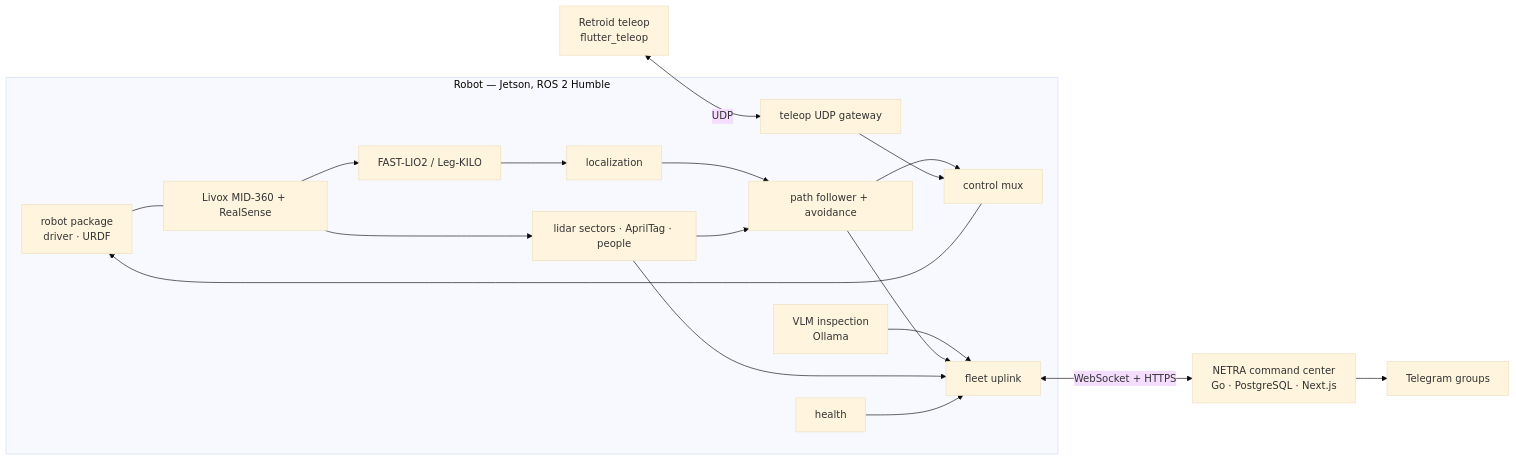
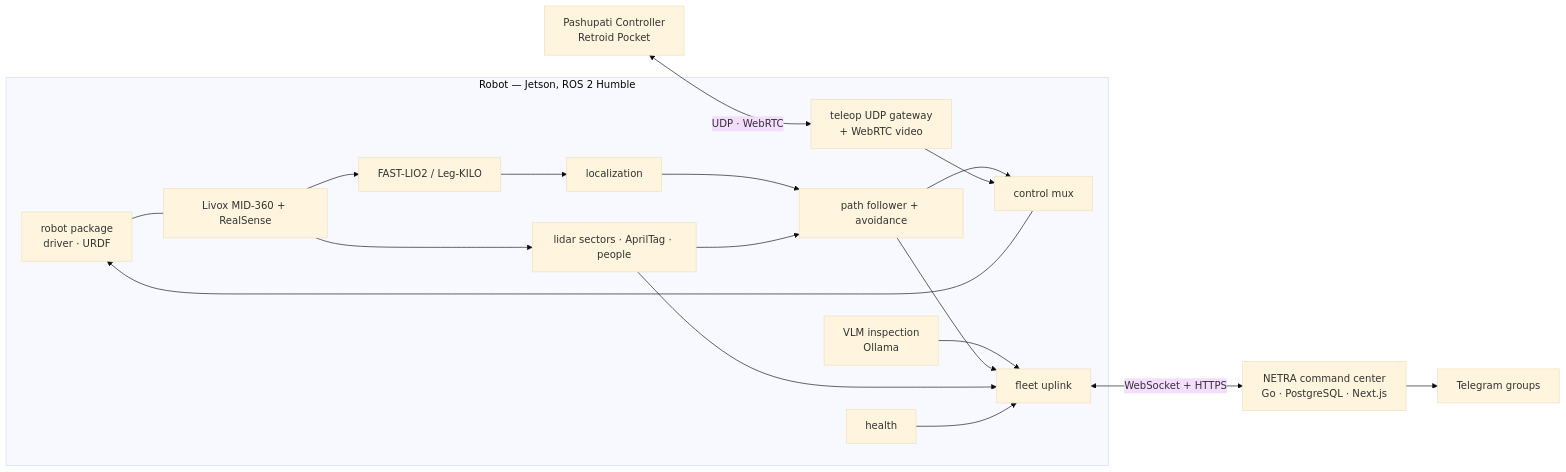
The diagram in README.md (DarmawanRobotics/Pashupati), drawn with Mermaid (base theme) before and after one commit. The commit also changed other lines of this file and 1 other file, not shown here.

Commit message:
docs: README in the controller's layout with logo, badges and grouped features

````diff
--- a/README.md
+++ b/README.md
@@ -43,19 +85,19 @@
 ```mermaid
 flowchart LR
     subgraph Robot[Robot — Jetson, ROS 2 Humble]
         DRV[robot package<br/>driver · URDF] --- SENS[Livox MID-360 + RealSense]
         SENS --> FL[FAST-LIO2 / Leg-KILO] --> LOC[localization]
         SENS --> PER[lidar sectors · AprilTag · people]
         LOC --> NAV[path follower + avoidance]
         PER --> NAV
         NAV --> MUX[control mux] --> DRV
         INS[VLM inspection<br/>Ollama] --> UP[fleet uplink]
         NAV --> UP
         PER --> UP
         HL[health] --> UP
-        TEL[teleop UDP gateway] --> MUX
+        TEL[teleop UDP gateway<br/>+ WebRTC video] --> MUX
     end
-    PAD[Retroid teleop<br/>flutter_teleop] <-- UDP --> TEL
+    PAD[Pashupati Controller<br/>Retroid Pocket] <-- UDP · WebRTC --> TEL
     UP <-- WebSocket + HTTPS --> NETRA[NETRA command center<br/>Go · PostgreSQL · Next.js]
     NETRA --> TG[Telegram groups]
 ```
````
